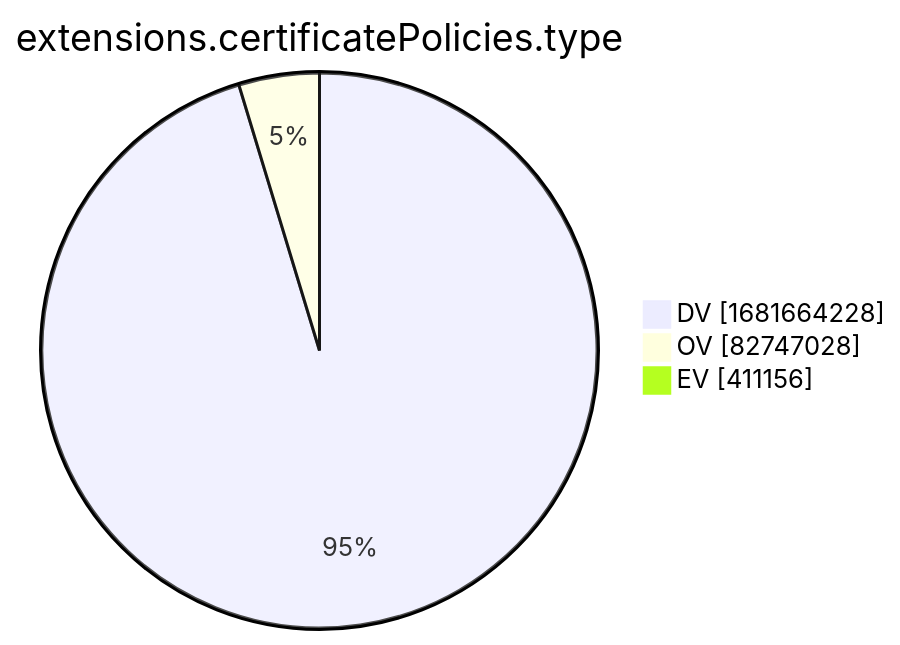
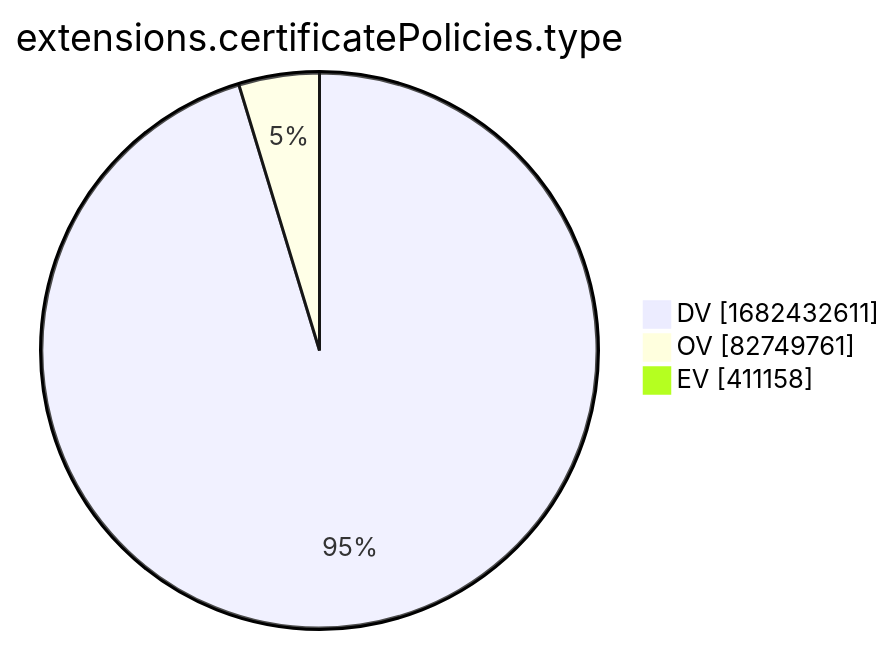
The tenth of 15 diagrams in xenon2022/README.md (christiankrug/ctmonitor_visualization), drawn with Mermaid before and after one commit. The commit also changed other lines of this file, not shown here.

````diff
--- a/xenon2022/README.md
+++ b/xenon2022/README.md
@@ -2881,7 +2881,7 @@
 ```mermaid
 pie showData
 title extensions.certificatePolicies.type
-"DV" :1681664228
-"OV" :82747028
-"EV" :411156
+"DV" :1682432611
+"OV" :82749761
+"EV" :411158
 ```
````
